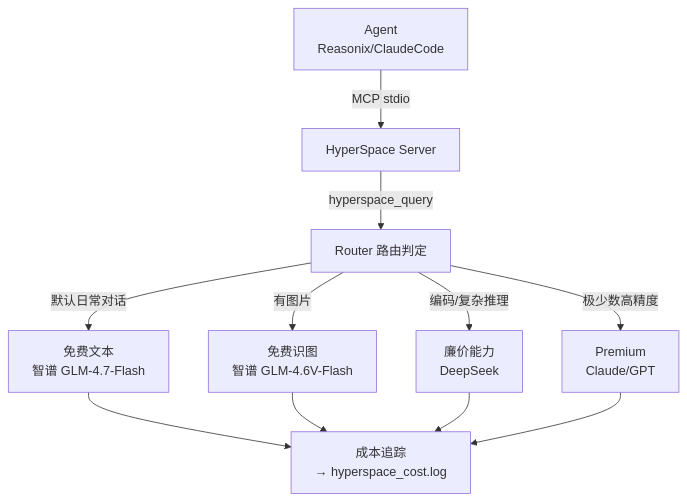
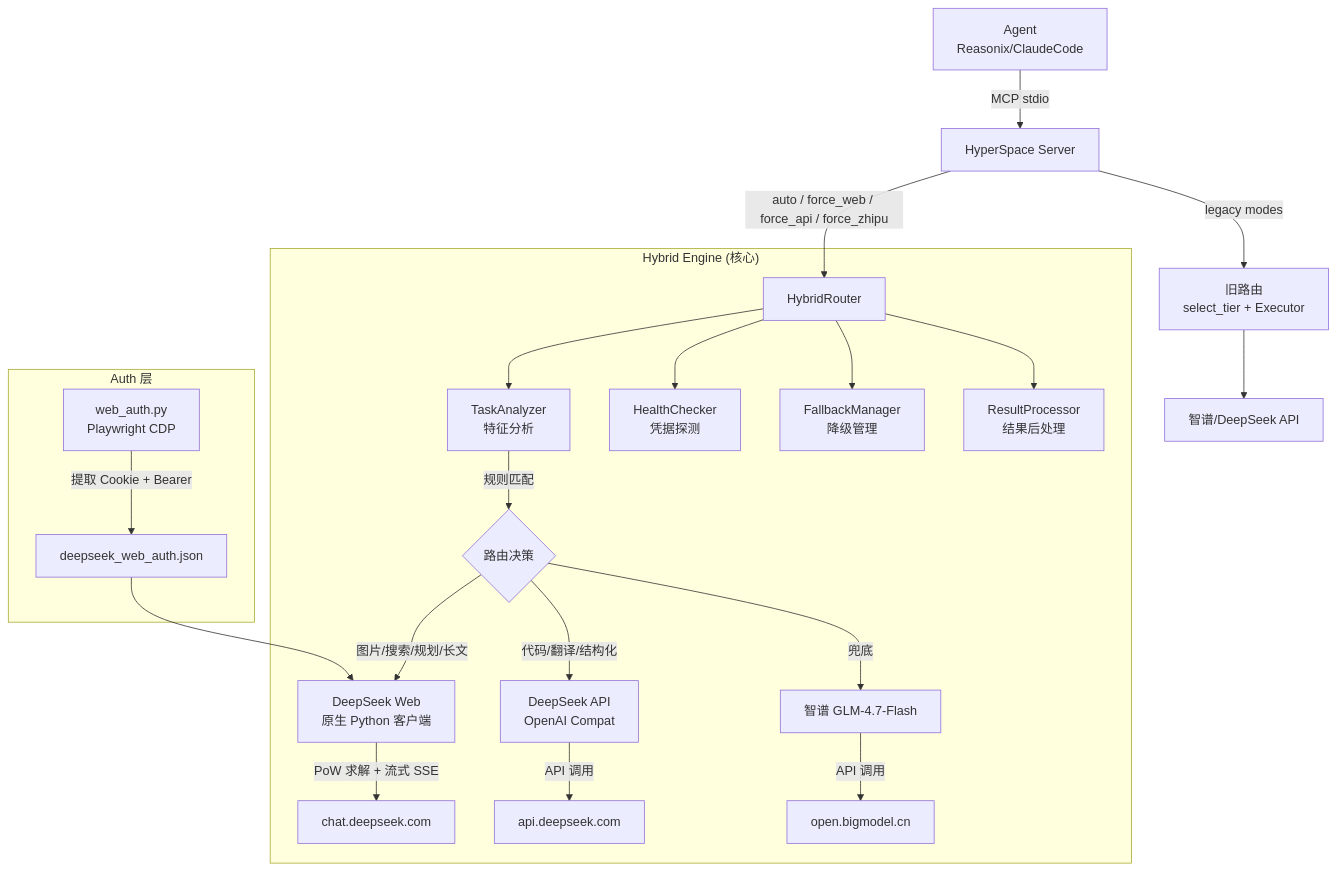
The diagram in HyperSpace/README.md (freerunningkid/HyperSpace), drawn with Mermaid before and after one commit. The commit also changed other lines of this file and 174 other files, not shown here.

````diff
--- a/HyperSpace/README.md
+++ b/HyperSpace/README.md
@@ -27,13 +26,29 @@
 ```mermaid
 graph TD
     Agent[Agent<br/>Reasonix/ClaudeCode] -->|MCP stdio| HS[HyperSpace Server]
-    HS -->|hyperspace_query| Router[Router 路由判定]
-    Router -->|默认日常对话| Free[免费文本<br/>智谱 GLM-4.7-Flash]
-    Router -->|有图片| Vision[免费识图<br/>智谱 GLM-4.6V-Flash]
-    Router -->|编码/复杂推理| Cheap[廉价能力<br/>DeepSeek]
-    Router -->|极少数高精度| Premium[Premium<br/>Claude/GPT]
-    Free --> Cost[成本追踪<br/>→ hyperspace_cost.log]
-    Vision --> Cost
-    Cheap --> Cost
-    Premium --> Cost
+
+    subgraph "Hybrid Engine (核心)"
+        HR[HybridRouter] --> TA[TaskAnalyzer<br/>特征分析]
+        HR --> HC[HealthChecker<br/>凭据探测]
+        HR --> FB[FallbackManager<br/>降级管理]
+        HR --> RP[ResultProcessor<br/>结果后处理]
+
+        TA -->|规则匹配| DECISION{路由决策}
+        DECISION -->|图片/搜索/规划/长文| DW[DeepSeek Web<br/>原生 Python 客户端]
+        DECISION -->|代码/翻译/结构化| DA[DeepSeek API<br/>OpenAI Compat]
+        DECISION -->|兜底| ZP[智谱 GLM-4.7-Flash]
+
+        DW -->|PoW 求解 + 流式 SSE| WS[chat.deepseek.com]
+        DA -->|API 调用| DS[api.deepseek.com]
+        ZP -->|API 调用| ZS[open.bigmodel.cn]
+    end
+
+    subgraph "Auth 层"
+        WA[web_auth.py<br/>Playwright CDP] -->|提取 Cookie + Bearer| AJ[deepseek_web_auth.json]
+        AJ --> DW
+    end
+
+    HS -->|auto / force_web / force_api / force_zhipu| HR
+    HS -->|legacy modes| LR[旧路由<br/>select_tier + Executor]
+    LR --> LF[智谱/DeepSeek API]
 ```
````
